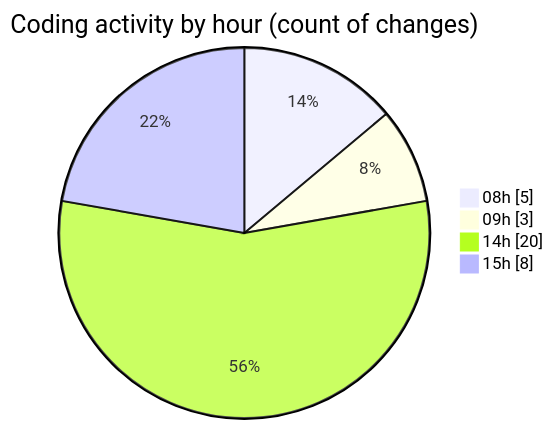
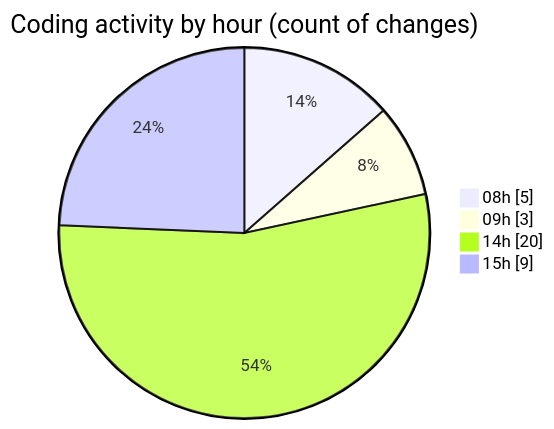
The second of 2 diagrams in 2026-08-31/web/README.md (LanceThiago/code-tracking), drawn with Mermaid before and after one commit. The commit also changed other lines of this file and 1 other file, not shown here.

````diff
--- a/2026-08-31/web/README.md
+++ b/2026-08-31/web/README.md
@@ -32,8 +32,8 @@
 ```mermaid
 pie showData
 title Coding activity by hour (count of changes)
 "08h" : 5
 "09h" : 3
 "14h" : 20
-"15h" : 8
+"15h" : 9
 ```
````
